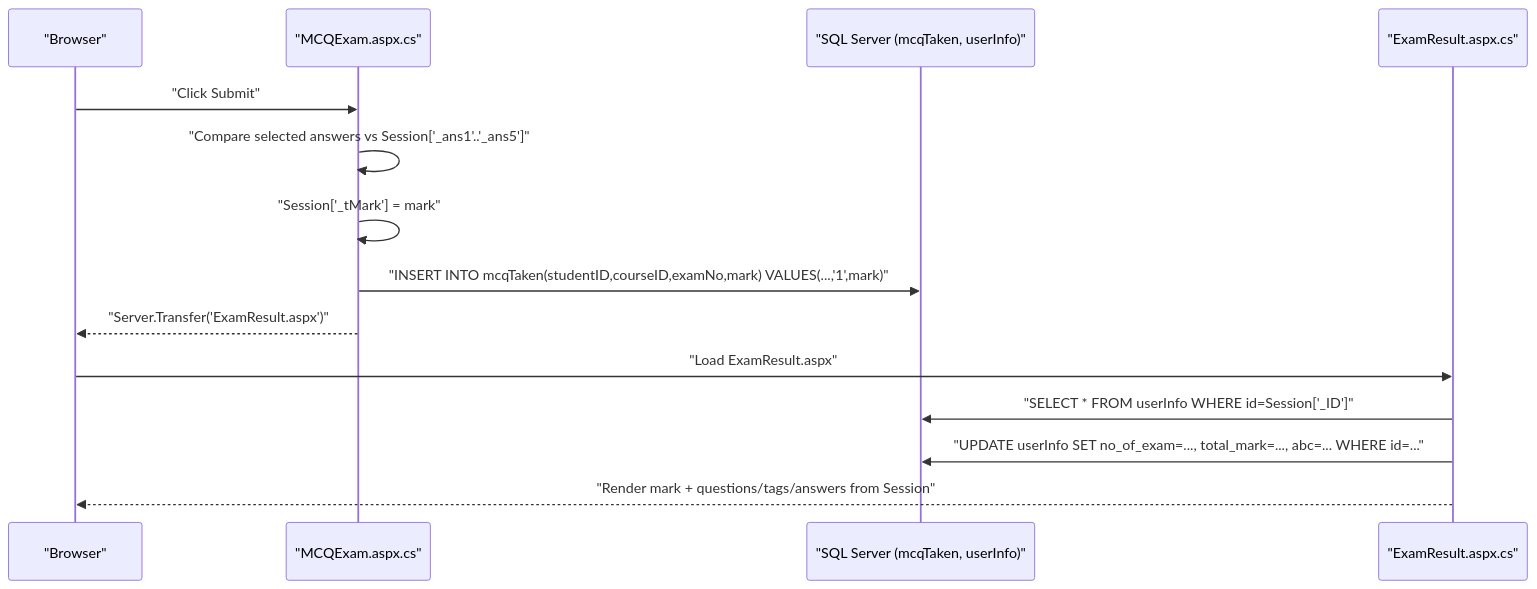
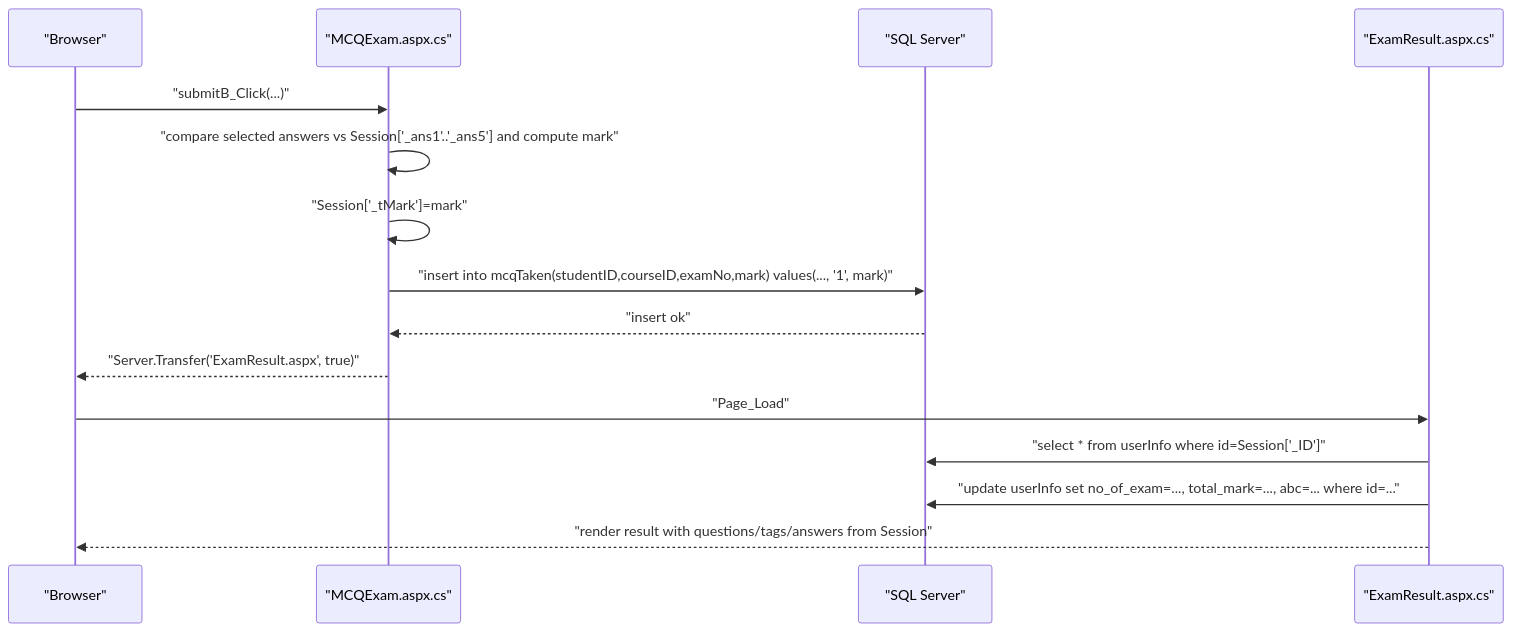
One commit to kavia-common/Online-Examination-System-7216 changed the seventh of 11 diagrams in REPOSITORY_CODE_DOCUMENTATION.md. Above: the diagram before and after it, drawn with Mermaid. The commit also changed other lines of this file and 3 other files, not shown here.

````diff
--- a/REPOSITORY_CODE_DOCUMENTATION.md
+++ b/REPOSITORY_CODE_DOCUMENTATION.md
@@ -511,17 +314,18 @@
 ```mermaid
 sequenceDiagram
-  participant Browser as "Browser"
-  participant MCQ as "MCQExam.aspx.cs"
-  participant DB as "SQL Server (mcqTaken, userInfo)"
-  participant Result as "ExamResult.aspx.cs"
+  participant B as "Browser"
+  participant M as "MCQExam.aspx.cs"
+  participant DB as "SQL Server"
+  participant R as "ExamResult.aspx.cs"
 
-  Browser->>MCQ: "Click Submit"
-  MCQ->>MCQ: "Compare selected answers vs Session['_ans1'..'_ans5']"
-  MCQ->>MCQ: "Session['_tMark'] = mark"
-  MCQ->>DB: "INSERT INTO mcqTaken(studentID,courseID,examNo,mark) VALUES(...,'1',mark)"
-  MCQ-->>Browser: "Server.Transfer('ExamResult.aspx')"
-  Browser->>Result: "Load ExamResult.aspx"
-  Result->>DB: "SELECT * FROM userInfo WHERE id=Session['_ID']"
-  Result->>DB: "UPDATE userInfo SET no_of_exam=..., total_mark=..., abc=... WHERE id=..."
-  Result-->>Browser: "Render mark + questions/tags/answers from Session"
+  B->>M: "submitB_Click(...)"
+  M->>M: "compare selected answers vs Session['_ans1'..'_ans5'] and compute mark"
+  M->>M: "Session['_tMark']=mark"
+  M->>DB: "insert into mcqTaken(studentID,courseID,examNo,mark) values(..., '1', mark)"
+  DB-->>M: "insert ok"
+  M-->>B: "Server.Transfer('ExamResult.aspx', true)"
+  B->>R: "Page_Load"
+  R->>DB: "select * from userInfo where id=Session['_ID']"
+  R->>DB: "update userInfo set no_of_exam=..., total_mark=..., abc=... where id=..."
+  R-->>B: "render result with questions/tags/answers from Session"
 ```
````
